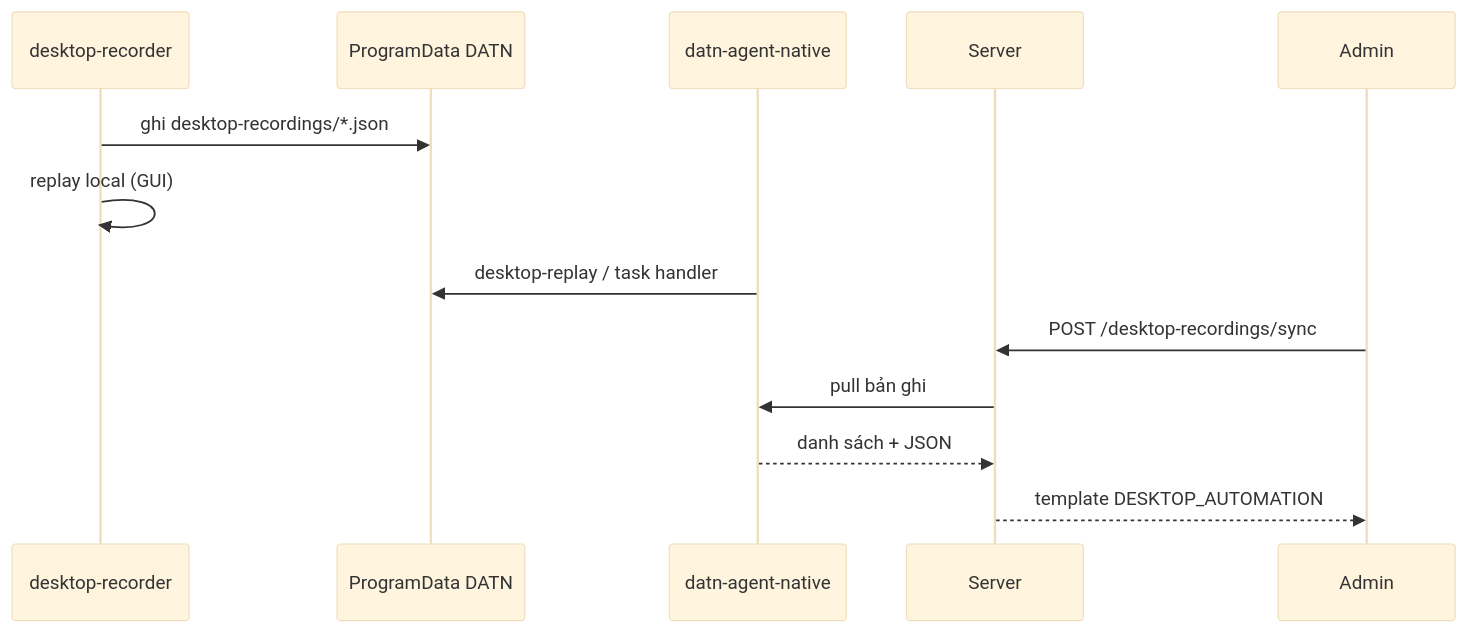
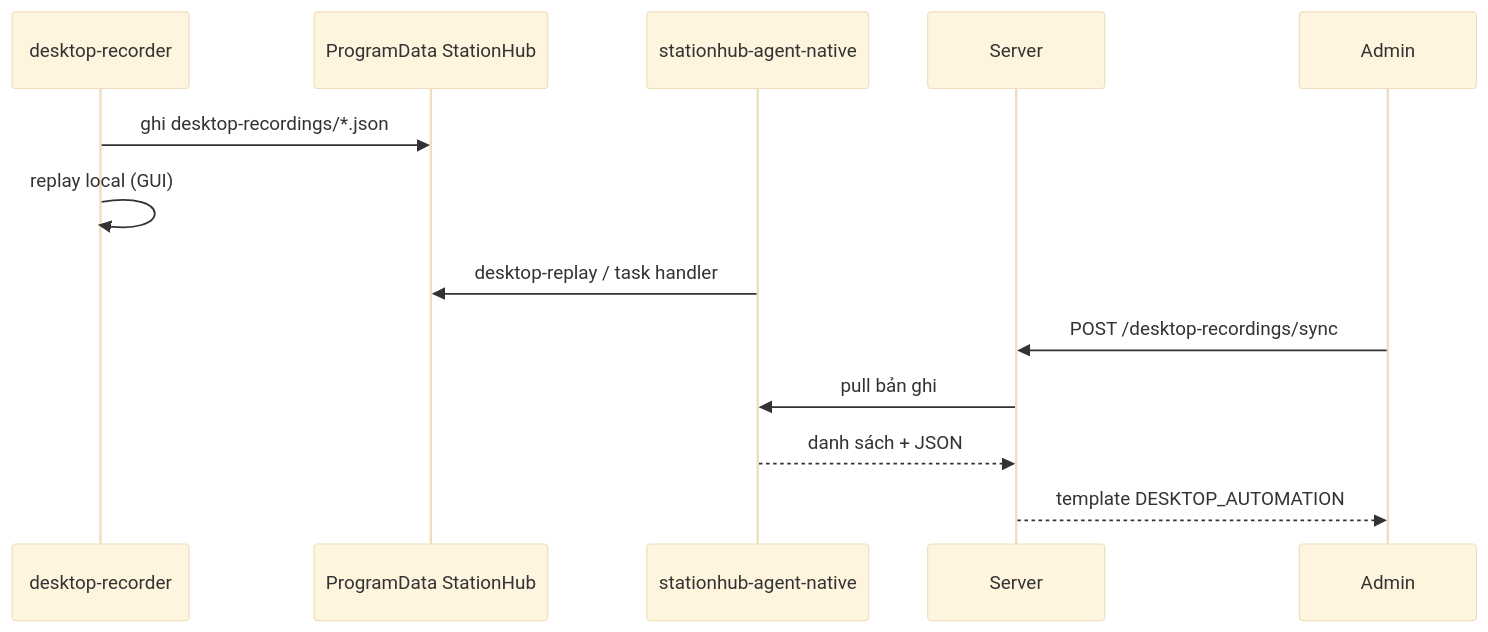
The second of 8 diagrams in README.md (Daviseraaa/tdoan_remote_datn), drawn with Mermaid (base theme) before and after one commit. The commit also changed other lines of this file and 376 other files, not shown here.

````diff
--- a/README.md
+++ b/README.md
@@ -219,16 +219,16 @@
 ```mermaid
 sequenceDiagram
   participant REC as desktop-recorder
-  participant FS as ProgramData DATN
-  participant AG as datn-agent-native
+  participant FS as ProgramData StationHub
+  participant AG as stationhub-agent-native
   participant API as Server
   participant UI as Admin
 
   REC->>FS: ghi desktop-recordings/*.json
   REC->>REC: replay local (GUI)
   AG->>FS: desktop-replay / task handler
   UI->>API: POST /desktop-recordings/sync
   API->>AG: pull bản ghi
   AG-->>API: danh sách + JSON
   API-->>UI: template DESKTOP_AUTOMATION
 ```
````
